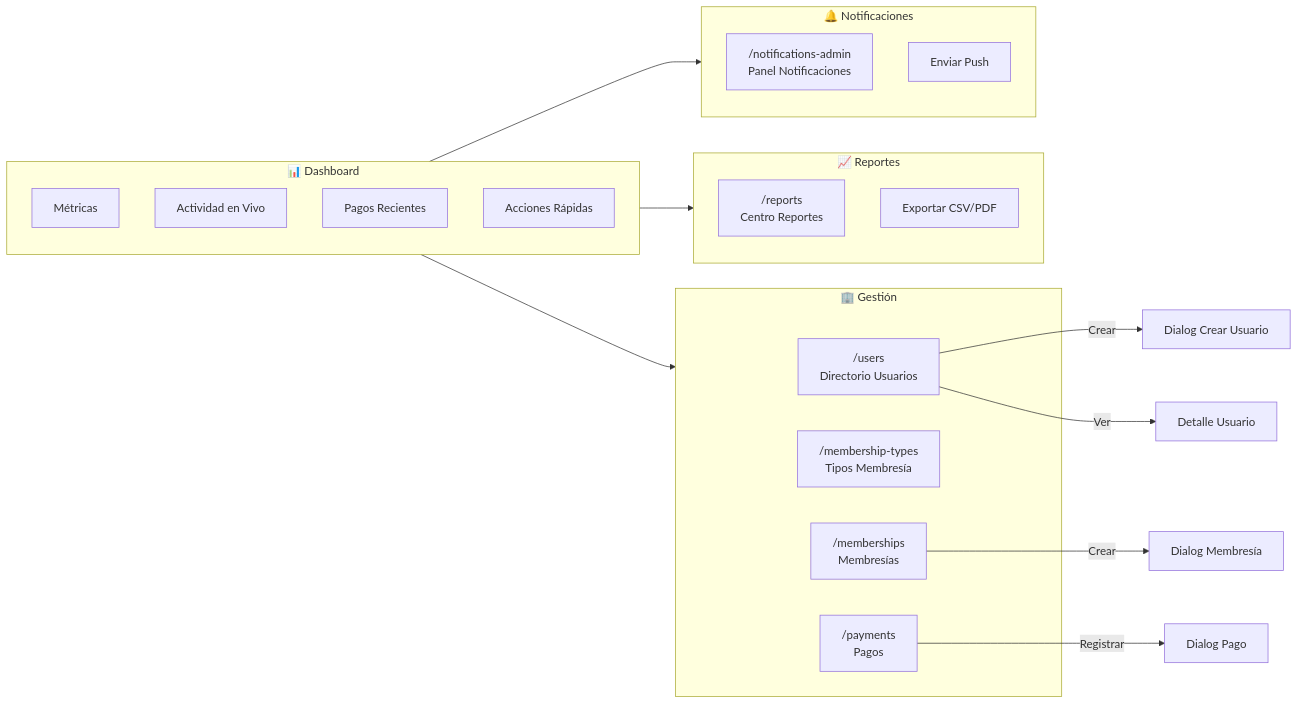
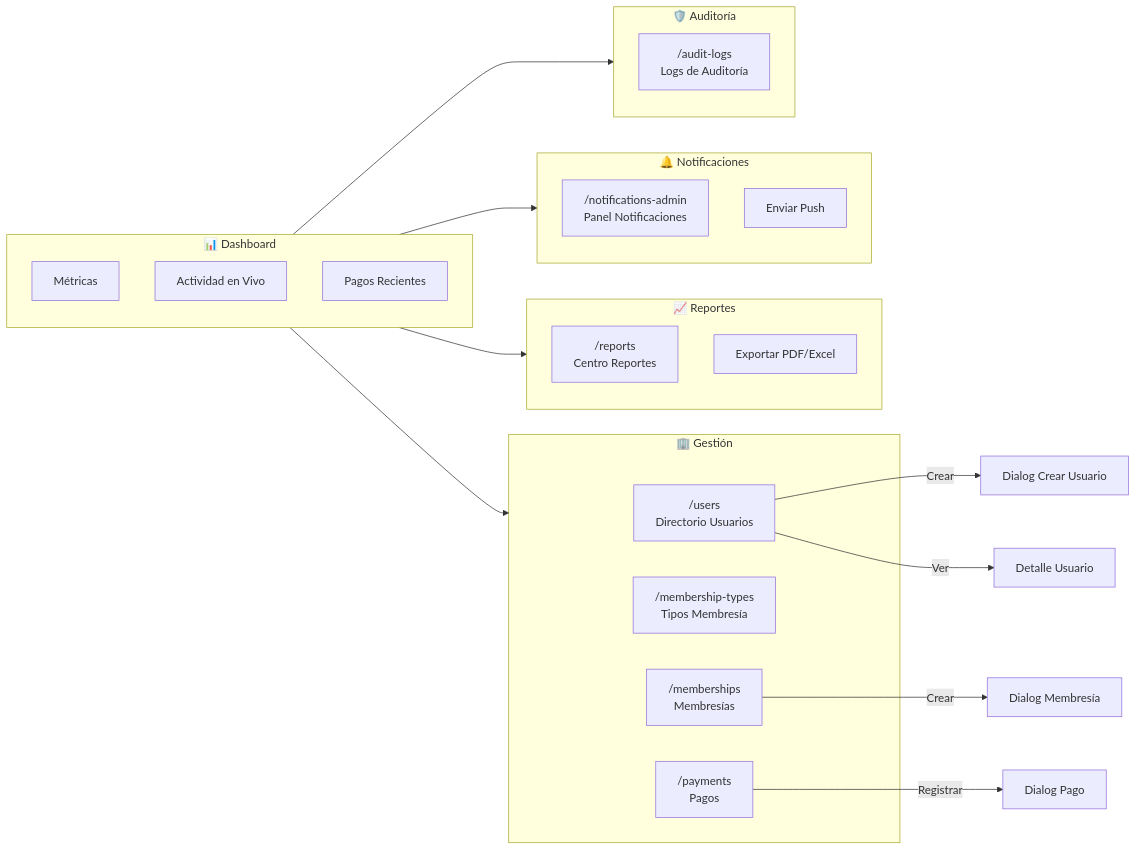
One commit to fedebracesco1990/fitflow changed the third of 9 diagrams in docs/USER_FLOWS.md. Above: the diagram before and after it, drawn with Mermaid. The commit also changed other lines of this file and 6 other files, not shown here.

First line of the commit message:
docs: document audit-logs and scheduler, fix data model and user flows

````diff
--- a/docs/USER_FLOWS.md
+++ b/docs/USER_FLOWS.md
@@ -90,35 +93,39 @@
 ```mermaid
 flowchart LR
     subgraph Dashboard["📊 Dashboard"]
         Metrics[Métricas]
         Activity[Actividad en Vivo]
         RecentPayments[Pagos Recientes]
-        QuickActions[Acciones Rápidas]
     end
 
     subgraph Gestion["🏢 Gestión"]
         Users["/users<br/>Directorio Usuarios"]
         MTypes["/membership-types<br/>Tipos Membresía"]
         Memb["/memberships<br/>Membresías"]
         Pay["/payments<br/>Pagos"]
     end
 
     subgraph Reportes["📈 Reportes"]
         Reports["/reports<br/>Centro Reportes"]
-        Export[Exportar CSV/PDF]
+        Export[Exportar PDF/Excel]
     end
 
     subgraph Notif["🔔 Notificaciones"]
         NotifAdmin["/notifications-admin<br/>Panel Notificaciones"]
         SendPush[Enviar Push]
     end
 
+    subgraph Auditoria["🛡️ Auditoría"]
+        Audit["/audit-logs<br/>Logs de Auditoría"]
+    end
+
     Dashboard --> Gestion
     Dashboard --> Reportes
     Dashboard --> Notif
+    Dashboard --> Auditoria
 
     Users --> |Crear| NewUser[Dialog Crear Usuario]
     Users --> |Ver| UserDetail[Detalle Usuario]
     Memb --> |Crear| NewMemb[Dialog Membresía]
     Pay --> |Registrar| NewPay[Dialog Pago]
 ```
````
